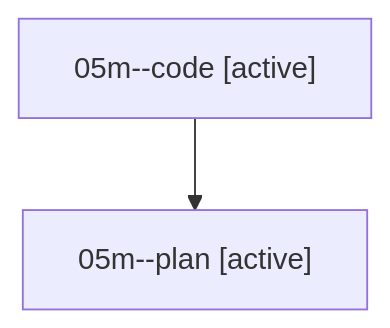
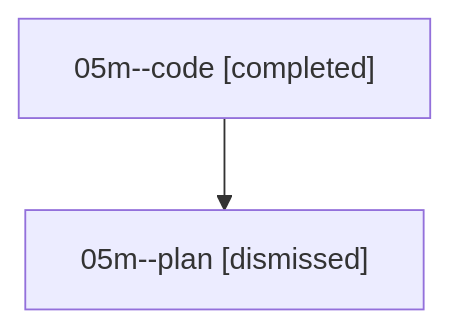
Before and after one commit to bobs-org/bob-cli--agents: the diagram in families/bbugyi200.athena.05m.md, drawn with Mermaid. The commit also changed other lines of this file and 78 other files, not shown here.

````diff
--- a/families/bbugyi200.athena.05m.md
+++ b/families/bbugyi200.athena.05m.md
@@ -9,6 +9,6 @@
 ```mermaid
 flowchart TD
-  n0["05m--code [active]"]
-  n1["05m--plan [active]"]
+  n0["05m--code [completed]"]
+  n1["05m--plan [dismissed]"]
   n0 --> n1
 ```
````
